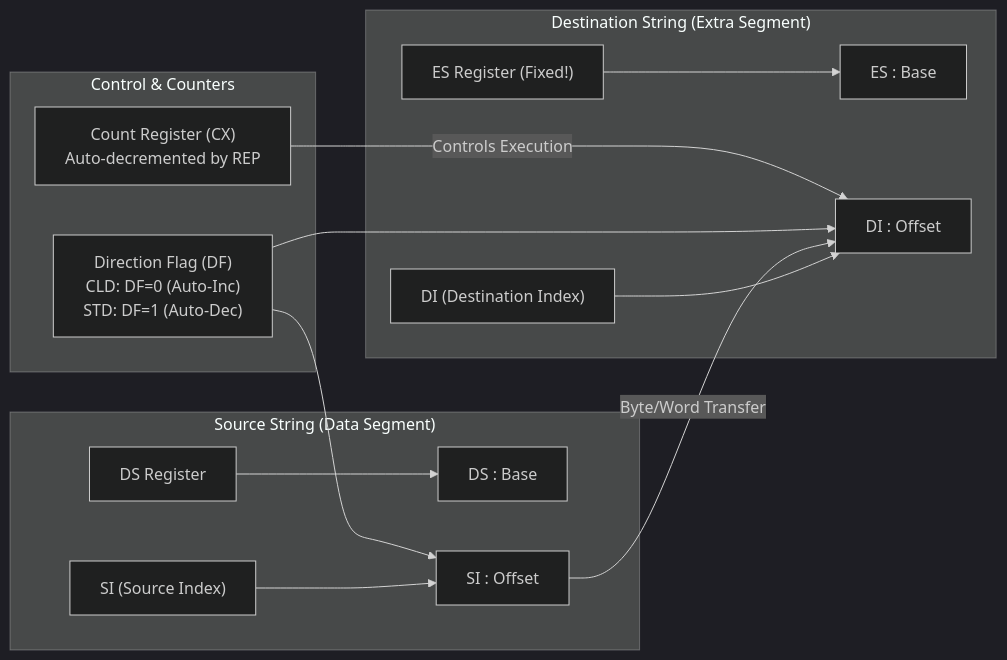
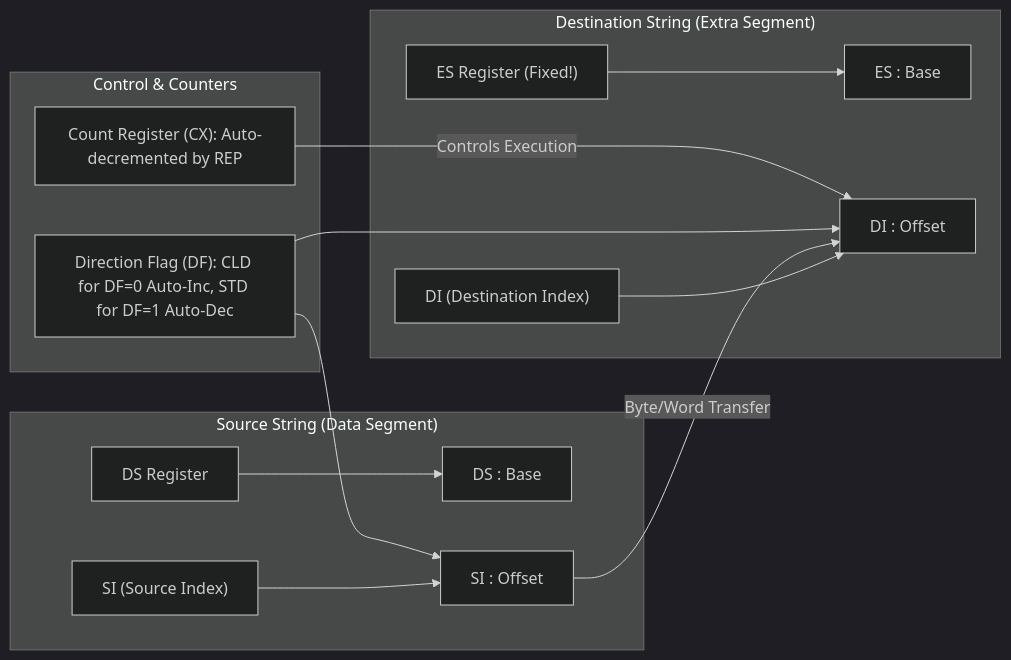
The first of 2 diagrams in notes/hardware_and_microprocessors/04_8086_String_Operations_and_Looping.md (DeepLumiere/DeepSkills), drawn with Mermaid (dark theme) before and after one commit. The commit also changed other lines of this file and 56 other files, not shown here.

````diff
--- a/notes/hardware_and_microprocessors/04_8086_String_Operations_and_Looping.md
+++ b/notes/hardware_and_microprocessors/04_8086_String_Operations_and_Looping.md
@@ -30,22 +30,22 @@
 ```mermaid
 flowchart LR
     subgraph Source_String["Source String (Data Segment)"]
         DS_Reg["DS Register"] --> BaseDS["DS : Base"]
         SI_Reg["SI (Source Index)"] --> OffsetSI["SI : Offset"]
     end
 
     subgraph Destination_String["Destination String (Extra Segment)"]
         ES_Reg["ES Register (Fixed!)"] --> BaseES["ES : Base"]
         DI_Reg["DI (Destination Index)"] --> OffsetDI["DI : Offset"]
     end
 
     subgraph Hardware_Control["Control & Counters"]
-        DF_Flag["Direction Flag (DF)<br>CLD: DF=0 (Auto-Inc)<br>STD: DF=1 (Auto-Dec)"]
-        CX_Reg["Count Register (CX)<br>Auto-decremented by REP"]
+        DF_Flag["Direction Flag (DF): CLD for DF=0 Auto-Inc, STD for DF=1 Auto-Dec"]
+        CX_Reg["Count Register (CX): Auto-decremented by REP"]
     end
 
     OffsetSI -->|"Byte/Word Transfer"| OffsetDI
     DF_Flag --> OffsetSI
     DF_Flag --> OffsetDI
     CX_Reg -->|"Controls Execution"| OffsetDI
 ```
````
